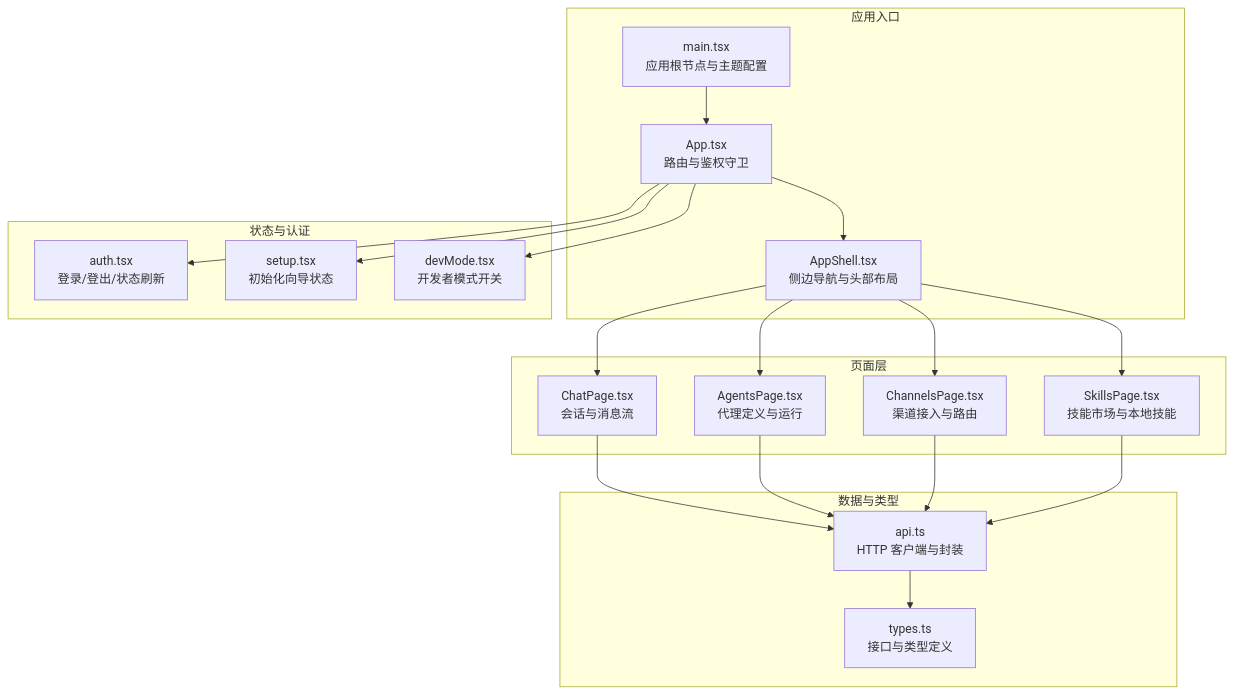
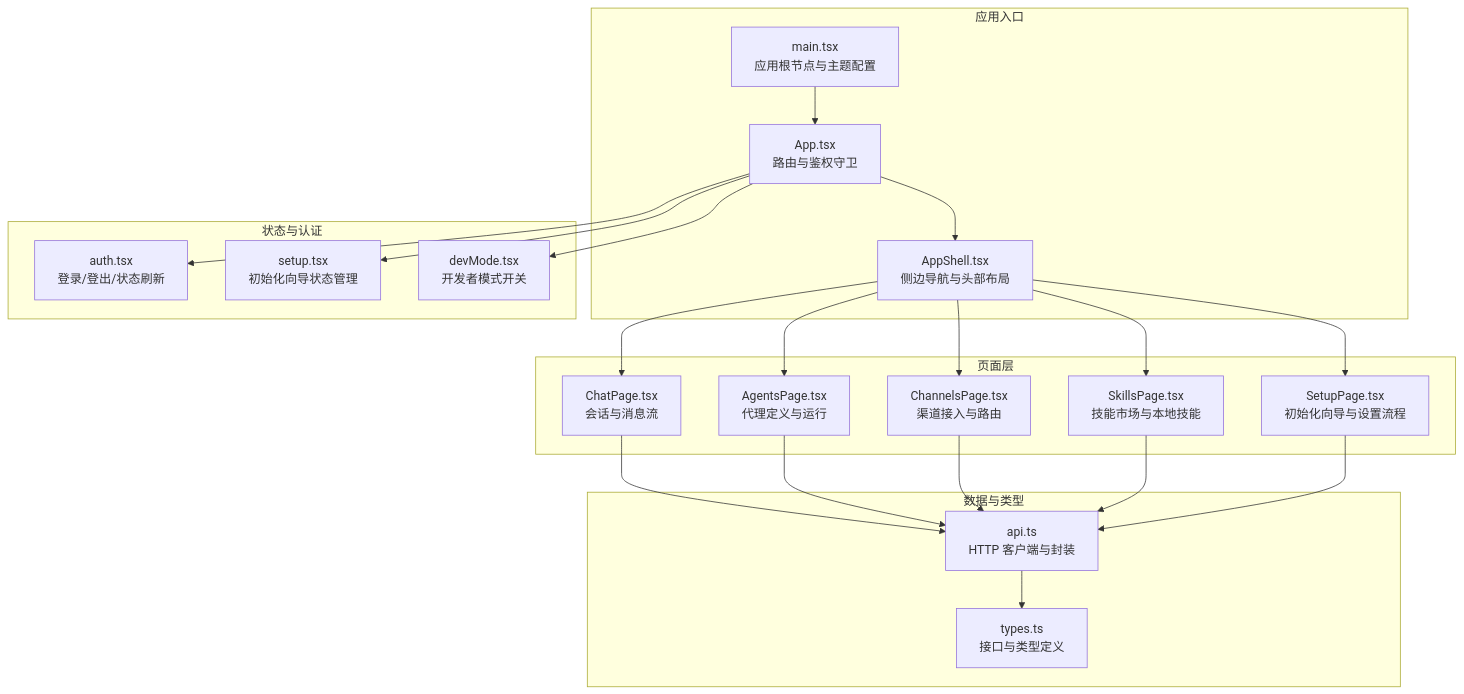
Before and after one commit to 757607106/nanobot: the first of 9 diagrams in .qoder/repowiki/zh/content/Web 界面/Web 界面.md, drawn with Mermaid. The commit also changed other lines of this file and 60 other files, not shown here.

````diff
--- a/.qoder/repowiki/zh/content/Web 界面/Web 界面.md
+++ b/.qoder/repowiki/zh/content/Web 界面/Web 界面.md
@@ -44,37 +55,40 @@
 ```mermaid
 graph TB
 subgraph "应用入口"
 M["main.tsx<br/>应用根节点与主题配置"]
 A["App.tsx<br/>路由与鉴权守卫"]
 AS["AppShell.tsx<br/>侧边导航与头部布局"]
 end
 subgraph "页面层"
 CP["ChatPage.tsx<br/>会话与消息流"]
 AP["AgentsPage.tsx<br/>代理定义与运行"]
 ChP["ChannelsPage.tsx<br/>渠道接入与路由"]
 SP["SkillsPage.tsx<br/>技能市场与本地技能"]
+SET["SetupPage.tsx<br/>初始化向导与设置流程"]
 end
 subgraph "状态与认证"
 AU["auth.tsx<br/>登录/登出/状态刷新"]
-SU["setup.tsx<br/>初始化向导状态"]
+SU["setup.tsx<br/>初始化向导状态管理"]
 DM["devMode.tsx<br/>开发者模式开关"]
 end
 subgraph "数据与类型"
 API["api.ts<br/>HTTP 客户端与封装"]
 T["types.ts<br/>接口与类型定义"]
 end
 M --> A
 A --> AS
 AS --> CP
 AS --> AP
 AS --> ChP
 AS --> SP
+AS --> SET
 A --> AU
 A --> SU
 A --> DM
 CP --> API
 AP --> API
 ChP --> API
 SP --> API
+SET --> API
 API --> T
 ```
````
